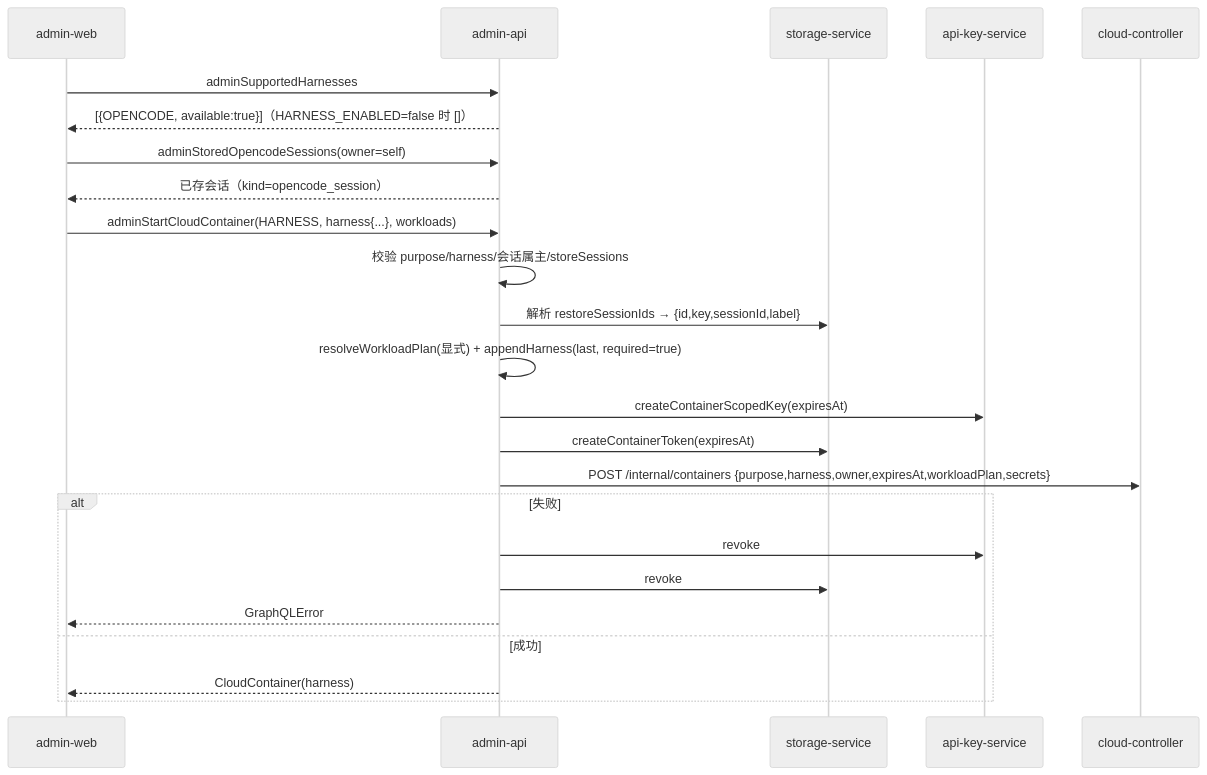
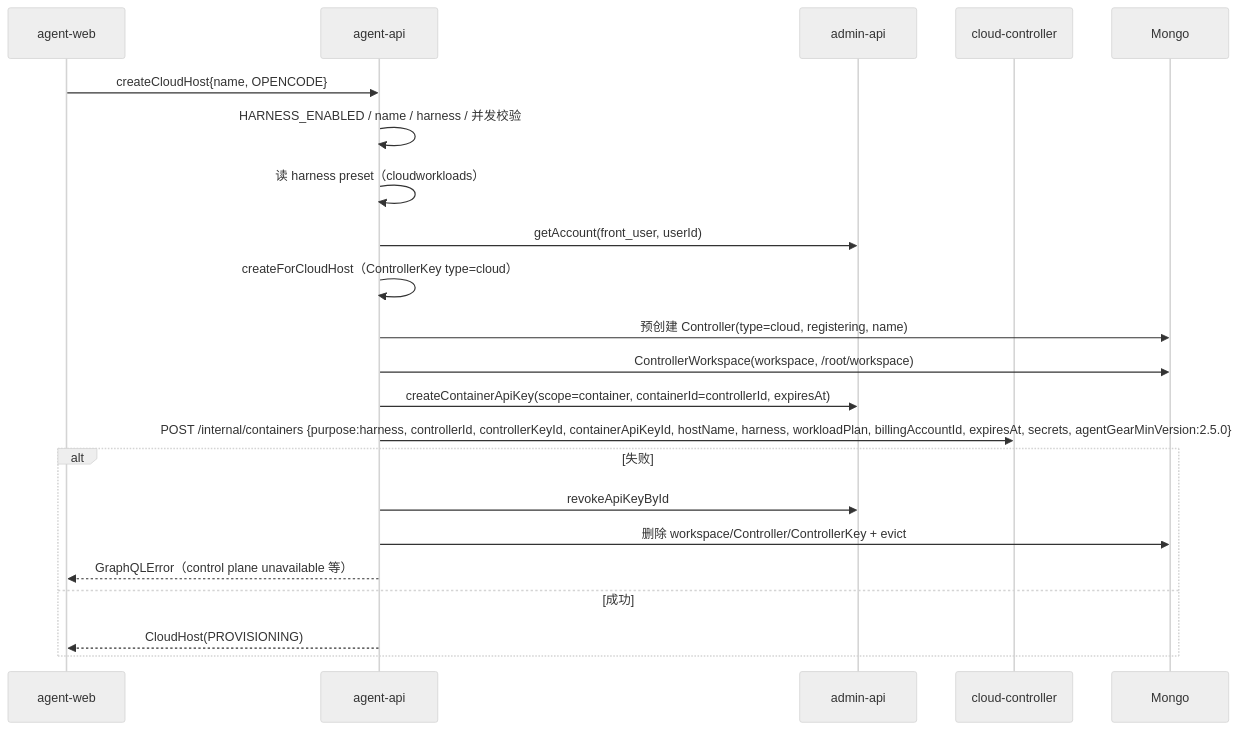
The third of 6 diagrams in docs/engineering/plan/20261020-feat-container-harness-support.md (Deliay/z-agent-gear), drawn with Mermaid (neutral theme) before and after one commit. The commit also changed other lines of this file and 1 other file, not shown here.

Commit message:
docs(plan): 容器启动任务支持 harness 类型实现计划 v2.0（按 PRD/提案 v3.0 整体重排：前台云主机/主机同构/标准会话）

````diff
--- a/docs/engineering/plan/20261020-feat-container-harness-support.md
+++ b/docs/engineering/plan/20261020-feat-container-harness-support.md
@@ -412,27 +402,25 @@
 ```mermaid
 sequenceDiagram
-    participant W as admin-web
-    participant A as admin-api
-    participant ST as storage-service
-    participant K as api-key-service
+    participant AW as agent-web
+    participant AA as agent-api
+    participant AD as admin-api
     participant CC as cloud-controller
+    participant M as Mongo
 
-    W->>A: adminSupportedHarnesses
-    A-->>W: [{OPENCODE, available:true}]（HARNESS_ENABLED=false 时 []）
-    W->>A: adminStoredOpencodeSessions(owner=self)
-    A-->>W: 已存会话（kind=opencode_session）
-    W->>A: adminStartCloudContainer(HARNESS, harness{...}, workloads)
-    A->>A: 校验 purpose/harness/会话属主/storeSessions
-    A->>ST: 解析 restoreSessionIds → {id,key,sessionId,label}
-    A->>A: resolveWorkloadPlan(显式) + appendHarness(last, required=true)
-    A->>K: createContainerScopedKey(expiresAt)
-    A->>ST: createContainerToken(expiresAt)
-    A->>CC: POST /internal/containers {purpose,harness,owner,expiresAt,workloadPlan,secrets}
+    AW->>AA: createCloudHost{name, OPENCODE}
+    AA->>AA: HARNESS_ENABLED / name / harness / 并发校验
+    AA->>AA: 读 harness preset（cloudworkloads）
+    AA->>AD: getAccount(front_user, userId)
+    AA->>AA: createForCloudHost（ControllerKey type=cloud）
+    AA->>M: 预创建 Controller(type=cloud, registering, name)
+    AA->>M: ControllerWorkspace(workspace, /root/workspace)
+    AA->>AD: createContainerApiKey(scope=container, containerId=controllerId, expiresAt)
+    AA->>CC: POST /internal/containers {purpose:harness, controllerId, controllerKeyId, containerApiKeyId, hostName, harness, workloadPlan, billingAccountId, expiresAt, secrets, agentGearMinVersion:2.5.0}
     alt 失败
-        A->>K: revoke
-        A->>ST: revoke
-        A-->>W: GraphQLError
+        AA->>AD: revokeApiKeyById
+        AA->>M: 删除 workspace/Controller/ControllerKey + evict
+        AA-->>AW: GraphQLError（control plane unavailable 等）
     else 成功
-        A-->>W: CloudContainer(harness)
+        AA-->>AW: CloudHost(PROVISIONING)
     end
 ```
````
